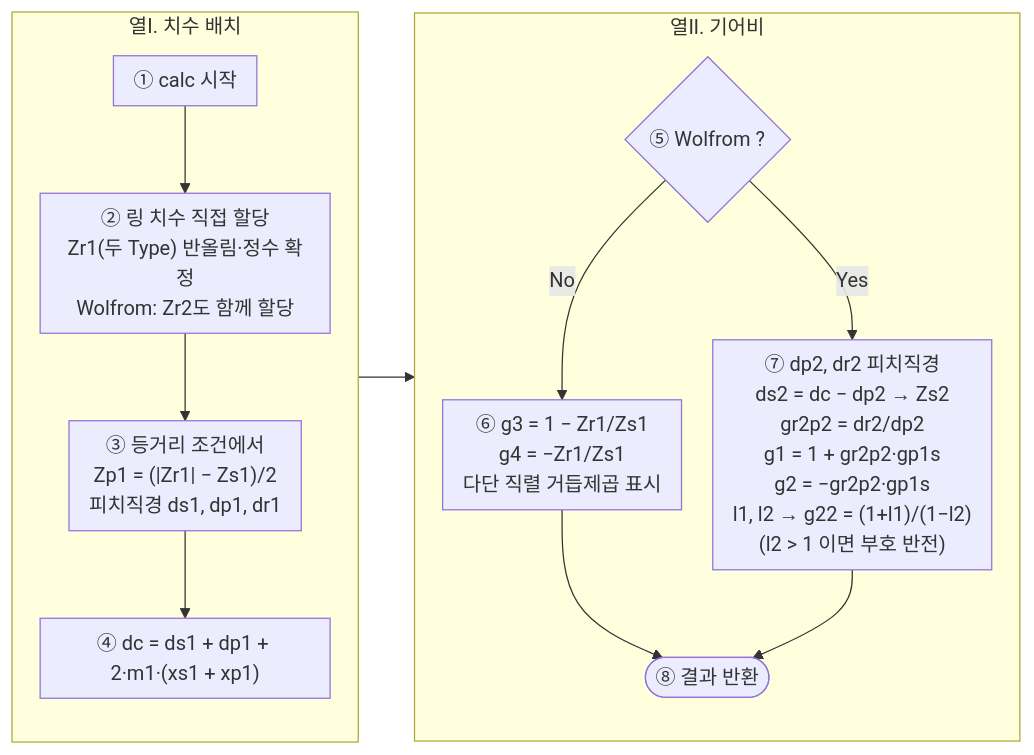
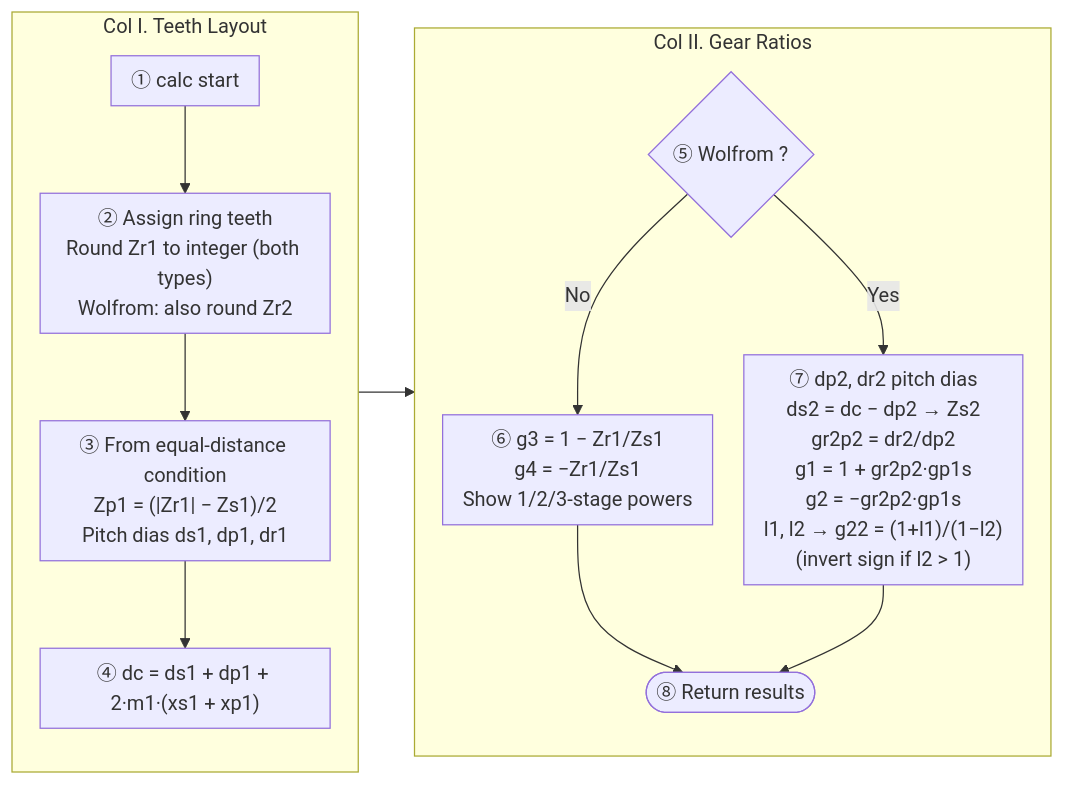
Before and after one commit to dymaxionkim/PGS: the second of 3 diagrams in MANUAL.md, drawn with Mermaid. The commit also changed other lines of this file and 7 other files, not shown here.

````diff
--- a/MANUAL.md
+++ b/MANUAL.md
@@ -1076,20 +1068,20 @@
 ```mermaid
 %%{init: {"flowchart": {"nodeSpacing": 25, "rankSpacing": 45, "padding": 8}}}%%
 flowchart LR
-    subgraph COL1["열Ⅰ. 치수 배치"]
+    subgraph COL1["Col I. Teeth Layout"]
         direction TB
-        A["① calc 시작"] --> B["② 링 치수 직접 할당<br/>Zr1(두 Type) 반올림·정수 확정<br/>Wolfrom: Zr2도 함께 할당"]
-        B --> C["③ 등거리 조건에서<br/>Zp1 = (|Zr1| − Zs1)/2<br/>피치직경 ds1, dp1, dr1"]
+        A["① calc start"] --> B["② Assign ring teeth<br/>Round Zr1 to integer (both types)<br/>Wolfrom: also round Zr2"]
+        B --> C["③ From equal-distance condition<br/>Zp1 = (|Zr1| − Zs1)/2<br/>Pitch dias ds1, dp1, dr1"]
         C --> D["④ dc = ds1 + dp1 + 2·m1·(xs1 + xp1)"]
     end
 
-    subgraph COL2["열Ⅱ. 기어비"]
+    subgraph COL2["Col II. Gear Ratios"]
         direction TB
-        E{"⑤ Wolfrom ?"} -->|"No"| F["⑥ g3 = 1 − Zr1/Zs1<br/>g4 = −Zr1/Zs1<br/>다단 직렬 거듭제곱 표시"]
-        E -->|"Yes"| G["⑦ dp2, dr2 피치직경<br/>ds2 = dc − dp2 → Zs2<br/>gr2p2 = dr2/dp2<br/>g1 = 1 + gr2p2·gp1s<br/>g2 = −gr2p2·gp1s<br/>l1, l2 → g22 = (1+l1)/(1−l2)<br/>(l2 &gt; 1 이면 부호 반전)"]
-        F --> H(["⑧ 결과 반환"])
+        E{"⑤ Wolfrom ?"} -->|"No"| F["⑥ g3 = 1 − Zr1/Zs1<br/>g4 = −Zr1/Zs1<br/>Show 1/2/3-stage powers"]
+        E -->|"Yes"| G["⑦ dp2, dr2 pitch dias<br/>ds2 = dc − dp2 → Zs2<br/>gr2p2 = dr2/dp2<br/>g1 = 1 + gr2p2·gp1s<br/>g2 = −gr2p2·gp1s<br/>l1, l2 → g22 = (1+l1)/(1−l2)<br/>(invert sign if l2 &gt; 1)"]
+        F --> H(["⑧ Return results"])
         G --> H
     end
 
     COL1 --> COL2
 ```
````
